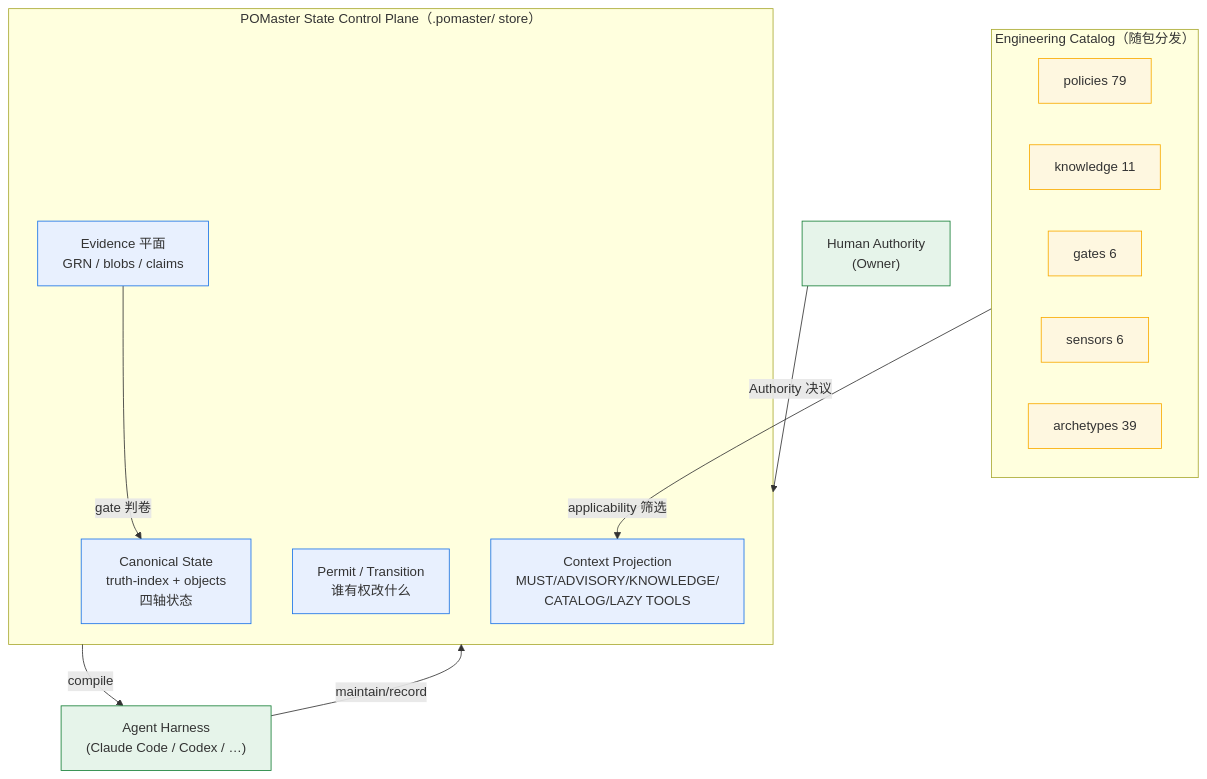
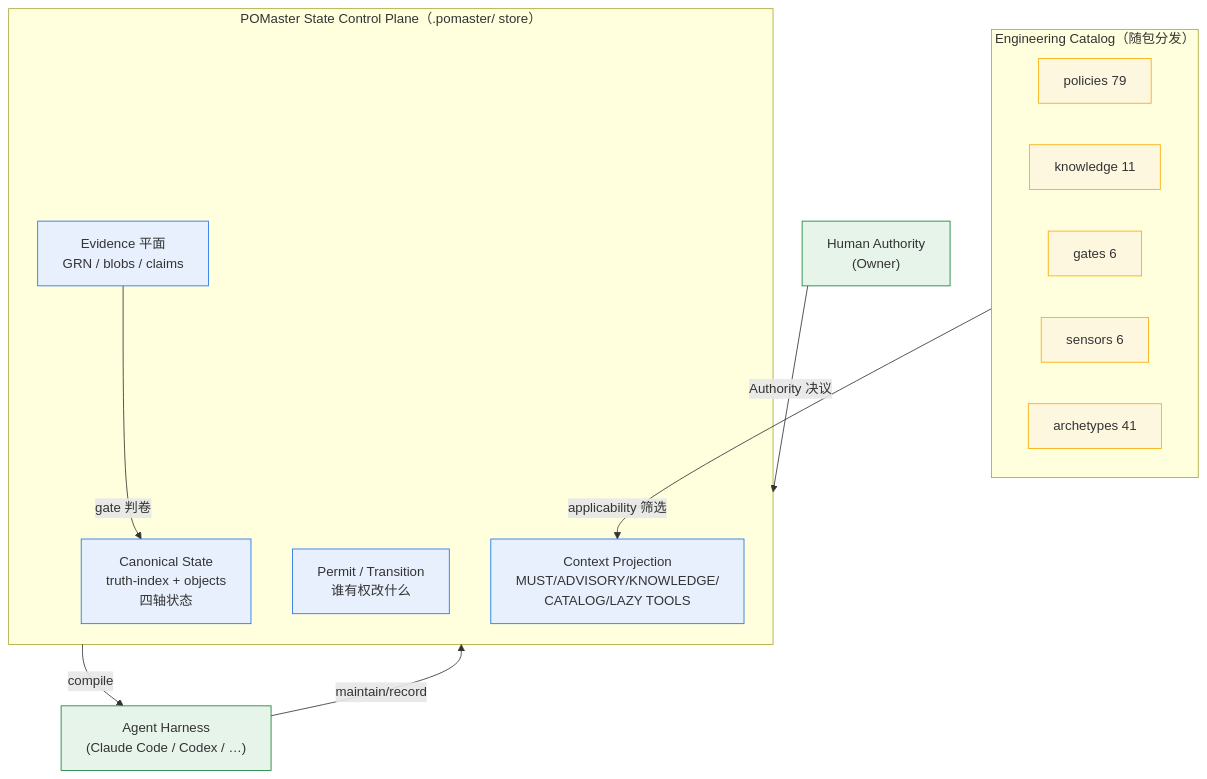
The first of 6 diagrams in README.md (River-Singer/POMaster_VNext), drawn with Mermaid before and after one commit. The commit also changed other lines of this file and 17 other files, not shown here.

First line of the commit message:
feat(cli,catalog): P-v06 批次 4 Runtime/Studio 视图——pomaster graph 命令 + Runtime 双物料（OTel/环境奇联联网核实锚定）

````diff
--- a/README.md
+++ b/README.md
@@ -153,27 +154,27 @@
 ```mermaid
 flowchart TB
   subgraph PLANE["POMaster State Control Plane（.pomaster/ store）"]
     STATE["Canonical State<br/>truth-index + objects<br/>四轴状态"]:::core
     PERMIT["Permit / Transition<br/>谁有权改什么"]:::core
     EVI["Evidence 平面<br/>GRN / blobs / claims"]:::core
     PROJ["Context Projection<br/>MUST/ADVISORY/KNOWLEDGE/<br/>CATALOG/LAZY TOOLS"]:::core
   end
   subgraph CAT["Engineering Catalog（随包分发）"]
     POL["policies 79"]:::cat
     KN["knowledge 11"]:::cat
     GT["gates 6"]:::cat
     SEN["sensors 6"]:::cat
-    ARC["archetypes 39"]:::cat
+    ARC["archetypes 41"]:::cat
   end
   AGENT["Agent Harness<br/>(Claude Code / Codex / …)"]:::ext
   HUMAN["Human Authority<br/>(Owner)"]:::ext
 
   HUMAN -- Authority 决议 --> PLANE
   PLANE -- compile --> AGENT
   AGENT -- maintain/record --> PLANE
   CAT -- applicability 筛选 --> PROJ
   EVI -- gate 判卷 --> STATE
   classDef core fill:#e8f0fe,stroke:#1a73e8
   classDef cat fill:#fef7e0,stroke:#f9ab00
   classDef ext fill:#e6f4ea,stroke:#188038
 ```
````
